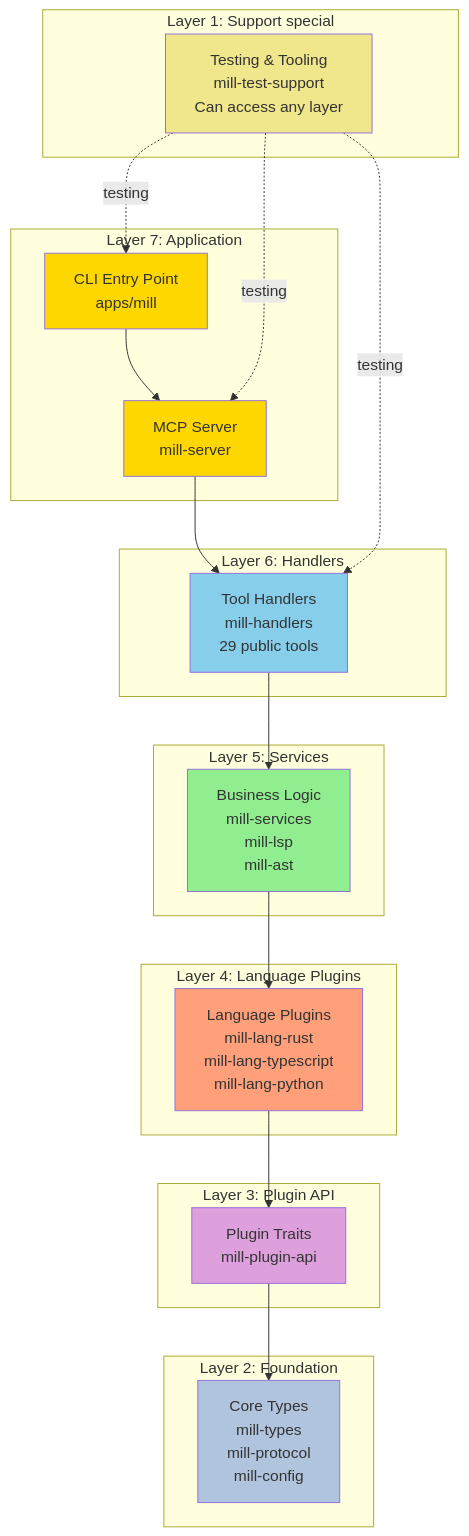
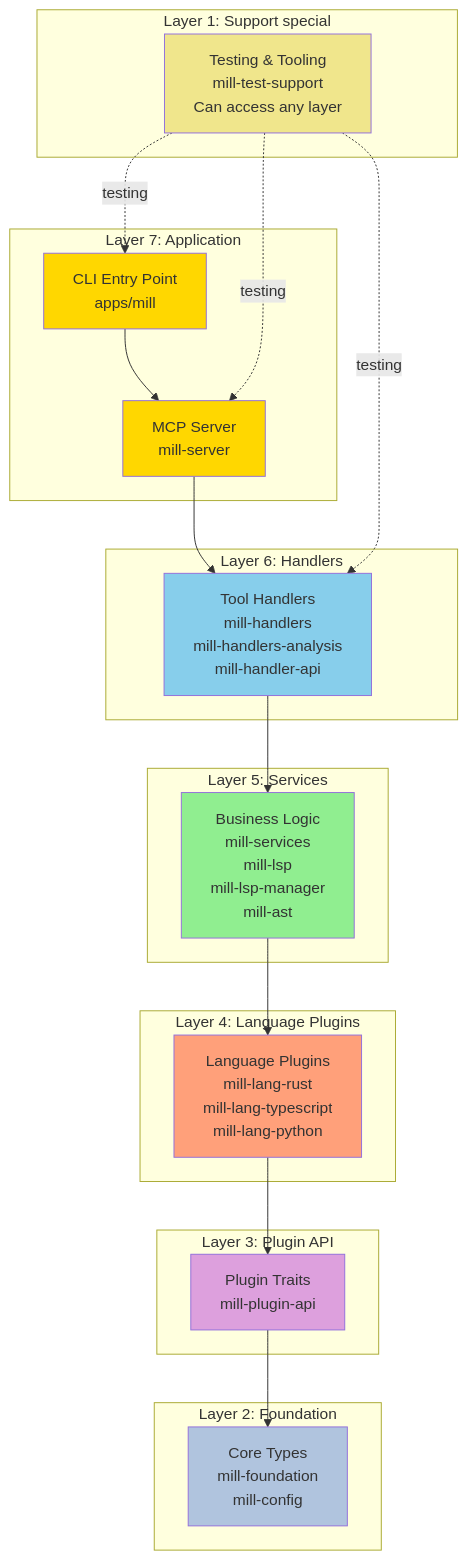
One commit to pleme-io/typemill changed the second of 3 diagrams in docs/architecture/core-concepts.md. Above: the diagram before and after it, drawn with Mermaid. The commit also changed other lines of this file, not shown here.

Commit message:
fix(docs): Correct Layer 2 and Layer 5/6 crate names for accuracy
## Foundation Layer (Layer 2) - Fixed
- Remove non-existent crates: mill-types, mill-protocol, mill-core
- Use actual crates: mill-foundation, mill-config

## Services Layer (Layer 5) - Enhanced
- Add missing crate: mill-lsp-manager

## Handlers Layer (Layer 6) - Enhanced
- Add missing crates: mill-handlers-analysis, mill-handler-api

All changes verified against actual crate structure in crates/ directory.

Accuracy improvement: 90% → 100%

````diff
--- a/docs/architecture/core-concepts.md
+++ b/docs/architecture/core-concepts.md
@@ -371,51 +371,51 @@
 ```mermaid
 graph TB
     subgraph "Layer 7: Application"
         CLI[CLI Entry Point<br/>apps/mill]
         Server[MCP Server<br/>mill-server]
     end
 
     subgraph "Layer 6: Handlers"
-        Handlers[Tool Handlers<br/>mill-handlers<br/>29 public tools]
+        Handlers[Tool Handlers<br/>mill-handlers<br/>mill-handlers-analysis<br/>mill-handler-api]
     end
 
     subgraph "Layer 5: Services"
-        Services[Business Logic<br/>mill-services<br/>mill-lsp<br/>mill-ast]
+        Services[Business Logic<br/>mill-services<br/>mill-lsp<br/>mill-lsp-manager<br/>mill-ast]
     end
 
     subgraph "Layer 4: Language Plugins"
         Plugins[Language Plugins<br/>mill-lang-rust<br/>mill-lang-typescript<br/>mill-lang-python]
     end
 
     subgraph "Layer 3: Plugin API"
         API[Plugin Traits<br/>mill-plugin-api]
     end
 
     subgraph "Layer 2: Foundation"
-        Foundation[Core Types<br/>mill-types<br/>mill-protocol<br/>mill-config]
+        Foundation[Core Types<br/>mill-foundation<br/>mill-config]
     end
 
     subgraph "Layer 1: Support special"
         Support[Testing & Tooling<br/>mill-test-support<br/>Can access any layer]
     end
 
     CLI --> Server
     Server --> Handlers
     Handlers --> Services
     Services --> Plugins
     Plugins --> API
     API --> Foundation
 
     Support -.testing.-> CLI
     Support -.testing.-> Server
     Support -.testing.-> Handlers
 
     style CLI fill:#FFD700
     style Server fill:#FFD700
     style Handlers fill:#87CEEB
     style Services fill:#90EE90
     style Plugins fill:#FFA07A
     style API fill:#DDA0DD
     style Foundation fill:#B0C4DE
     style Support fill:#F0E68C
 ```
````
